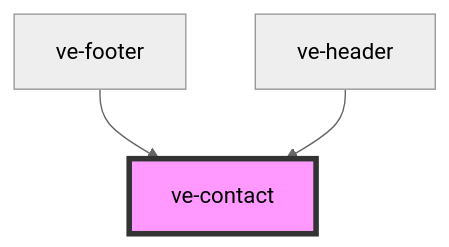
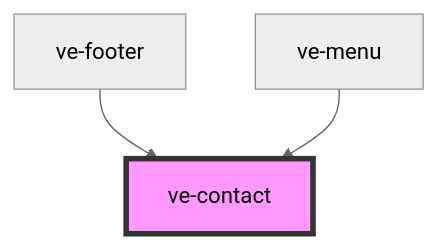
One commit to visual-essays/web-components changed the diagram in src/components/ve-contact/readme.md. Above: the diagram before and after it, drawn with Mermaid (neutral theme). The commit also changed other lines of this file and 10 other files, not shown here.

````diff
--- a/src/components/ve-contact/readme.md
+++ b/src/components/ve-contact/readme.md
@@ -24,6 +24,6 @@
 ```mermaid
 graph TD;
   ve-footer --> ve-contact
-  ve-header --> ve-contact
+  ve-menu --> ve-contact
   style ve-contact fill:#f9f,stroke:#333,stroke-width:4px
 ```
````
